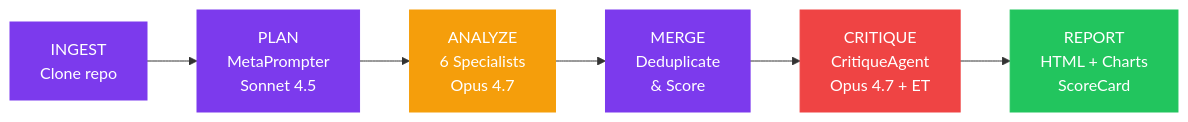
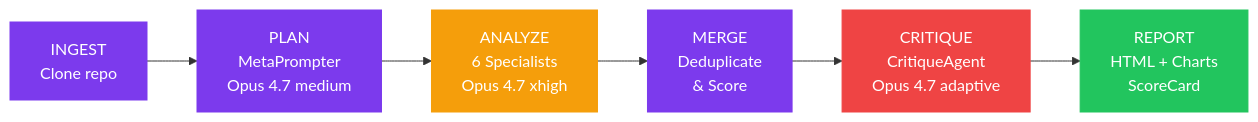
Before and after one commit to leocder07/spectra: the first of 4 diagrams in README.md, drawn with Mermaid. The commit also changed other lines of this file, not shown here.

````diff
--- a/README.md
+++ b/README.md
@@ -87,15 +137,15 @@
 ```mermaid
 graph LR
-    A[INGEST<br/>Clone repo] --> B[PLAN<br/>MetaPrompter<br/>Sonnet 4.5]
-    B --> C[ANALYZE<br/>6 Specialists<br/>Opus 4.7]
+    A[INGEST<br/>Clone repo] --> B[PLAN<br/>MetaPrompter<br/>Opus 4.7 medium]
+    B --> C[ANALYZE<br/>6 Specialists<br/>Opus 4.7 xhigh]
     C --> D[MERGE<br/>Deduplicate<br/>& Score]
-    D --> E[CRITIQUE<br/>CritiqueAgent<br/>Opus 4.7 + ET]
+    D --> E[CRITIQUE<br/>CritiqueAgent<br/>Opus 4.7 adaptive]
     E --> F[REPORT<br/>HTML + Charts<br/>ScoreCard]
 
     style A fill:#7C3AED,stroke:#7C3AED,color:#fff
     style B fill:#7C3AED,stroke:#7C3AED,color:#fff
     style C fill:#F59E0B,stroke:#F59E0B,color:#fff
     style D fill:#7C3AED,stroke:#7C3AED,color:#fff
     style E fill:#EF4444,stroke:#EF4444,color:#fff
     style F fill:#22C55E,stroke:#22C55E,color:#fff
 ```
````
